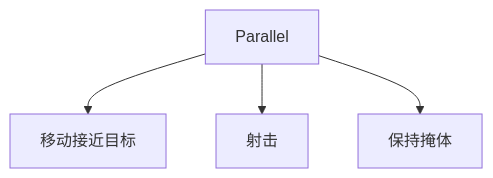
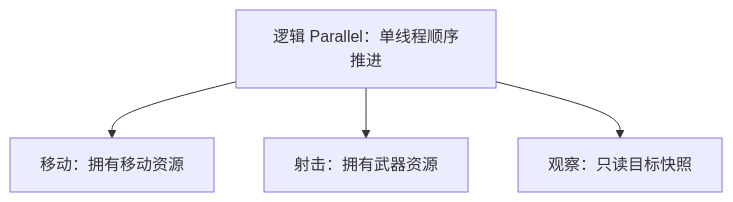
One commit to fantuan812/learning changed the fourth of 7 diagrams in 知识/06-游戏AI/感知决策与行为规划/03-行为树通用原理.md. Above: the diagram before and after it, drawn with Mermaid. The commit also changed other lines of this file and 8 other files, not shown here.

````diff
--- a/知识/06-游戏AI/感知决策与行为规划/03-行为树通用原理.md
+++ b/知识/06-游戏AI/感知决策与行为规划/03-行为树通用原理.md
@@ -118,6 +131,6 @@
 ```mermaid
 flowchart TD
-    P[Parallel] --> M[移动接近目标]
-    P --> S[射击]
-    P --> D[保持掩体]
+    P[逻辑 Parallel：单线程顺序推进] --> M[移动：拥有移动资源]
+    P --> S[射击：拥有武器资源]
+    P --> O[观察：只读目标快照]
 ```
````
